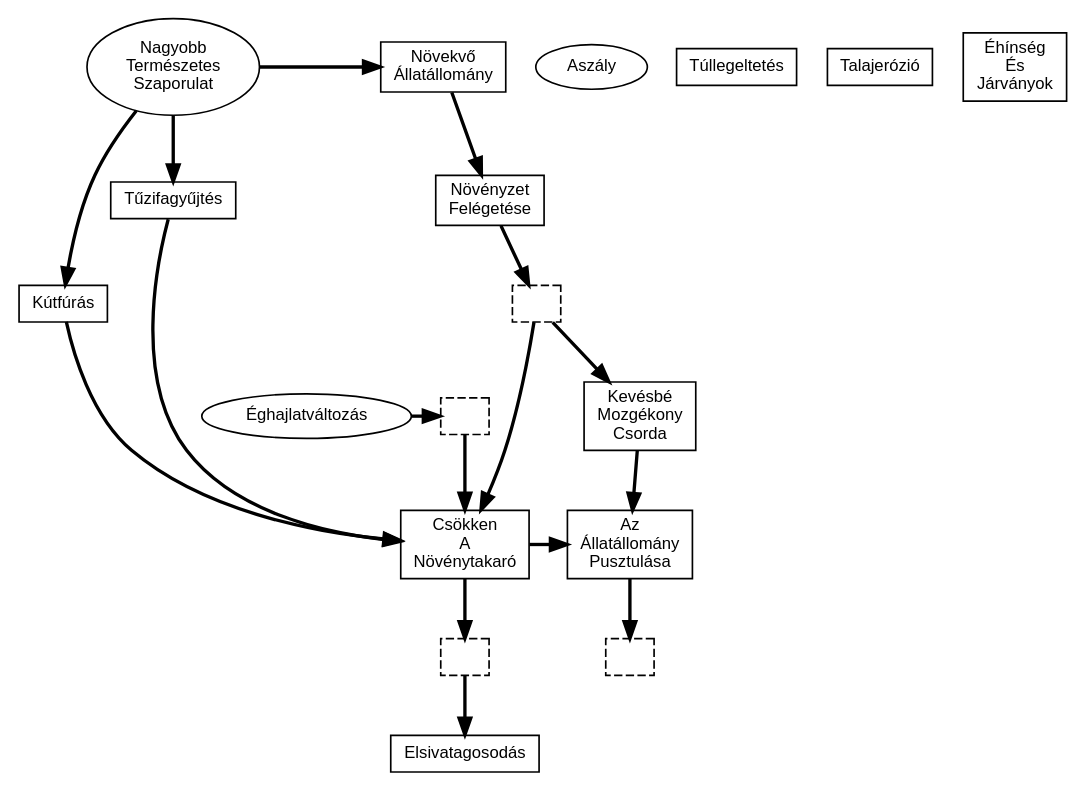
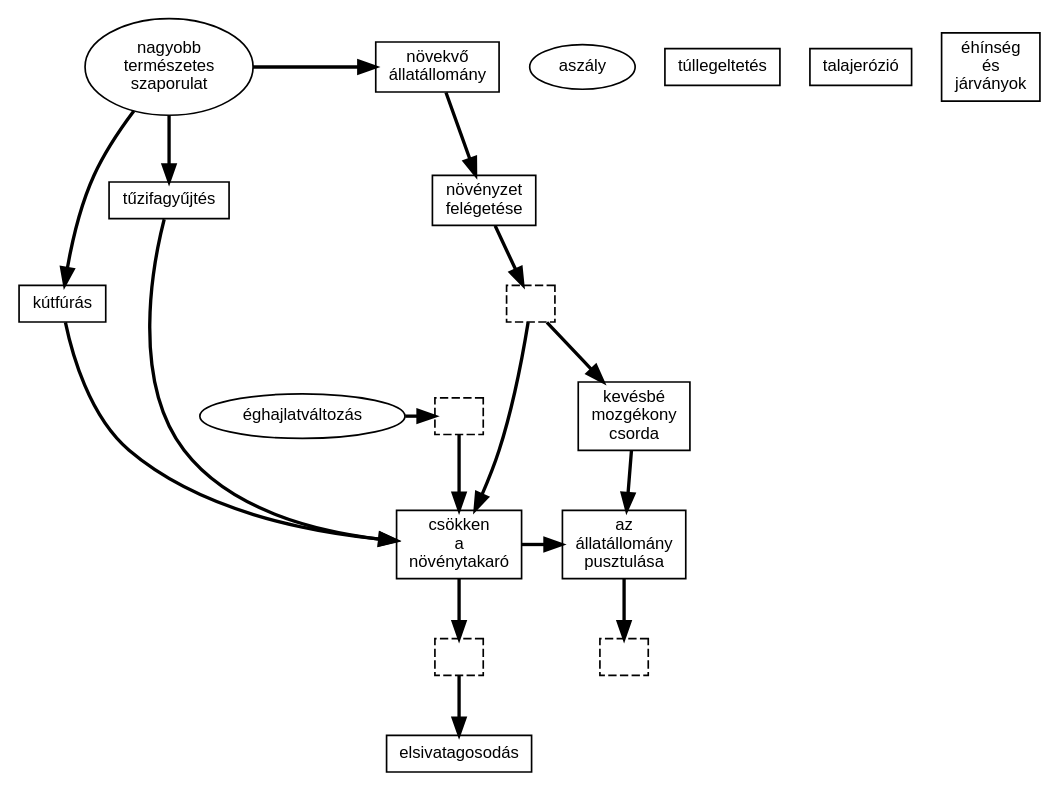
Before and after one commit to farkasmark/mikrotanitas: the diagram in graph_with_placeholders.dot, drawn with Graphviz. The commit also changed 2 other files, not shown here.

```diff
--- a/graph_with_placeholders.dot
+++ b/graph_with_placeholders.dot
@@ -1,61 +1,61 @@
 digraph G {
   rankdir = TD;
   bgcolor = "#ffffff";
 
   // Define node styles and colors for categories in black and white
   node [style=filled, fontname="Arial", fontsize=10, shape=rect, width=0.4, height=0.3, fillcolor=white, color=black];
 
   // Nodes with their labels; some nodes left empty as placeholders
-  nagyobb_termeszetes_szaporulat [label="Nagyobb\nTermészetes\nSzaporulat", shape=ellipse];
-  eghajlatvaltozas [label="Éghajlatváltozás", shape=ellipse];
+  nagyobb_termeszetes_szaporulat [label="nagyobb\ntermészetes\nszaporulat", shape=ellipse];
+  eghajlatvaltozas [label="éghajlatváltozás", shape=ellipse];
   placeholder_aszaly [label=" ", style=dashed];
   
-  novekvo_allatallomany [label="Növekvő\nÁllatállomány"];
-  kutfuras [label="Kútfúrás"];
-  tuzifagyujtes [label="Tűzifagyűjtés"];
-  novenyzet_felegetese [label="Növényzet\nFelégetése"];
+  novekvo_allatallomany [label="növekvő\nállatállomány"];
+  kutfuras [label="kútfúrás"];
+  tuzifagyujtes [label="tűzifagyűjtés"];
+  novenyzet_felegetese [label="növényzet\nfelégetése"];
   placeholder_tullegeltetes [label=" ", style=dashed];
-  kevesbe_mozgekony_csorda [label="Kevésbé\nMozgékony\nCsorda"];
+  kevesbe_mozgekony_csorda [label="kevésbé\nmozgékony\ncsorda"];
 
-  csokken_a_novenytakaro [label="Csökken\nA\nNövénytakaró"];
-  az_allatallomany_pusztulasa [label="Az\nÁllatállomány\nPusztulása"];
+  csokken_a_novenytakaro [label="csökken\na\nnövénytakaró"];
+  az_allatallomany_pusztulasa [label="az\nállatállomány\npusztulása"];
   placeholder_talajerozio [label=" ", style=dashed];
-  elsivatagosodas [label="Elsivatagosodás"];
+  elsivatagosodas [label="elsivatagosodás"];
   placeholder_ehhinseg [label=" ", style=dashed];
 
   // Ranks for nodes
   {rank=same nagyobb_termeszetes_szaporulat novekvo_allatallomany}
   {rank=same eghajlatvaltozas placeholder_aszaly}
   {rank=same csokken_a_novenytakaro az_allatallomany_pusztulasa}
 
   // Edges between nodes in black
   nagyobb_termeszetes_szaporulat -> novekvo_allatallomany [color=black, penwidth=2];
   nagyobb_termeszetes_szaporulat -> kutfuras [color=black, penwidth=2];
   nagyobb_termeszetes_szaporulat -> tuzifagyujtes [color=black, penwidth=2];
 
   eghajlatvaltozas -> placeholder_aszaly [color=black, penwidth=2];
 
   novekvo_allatallomany -> novenyzet_felegetese [color=black, penwidth=2];
   novenyzet_felegetese -> placeholder_tullegeltetes [color=black, penwidth=2];
   placeholder_tullegeltetes -> kevesbe_mozgekony_csorda [color=black, penwidth=2];
 
   kutfuras -> csokken_a_novenytakaro [color=black, penwidth=2];
   tuzifagyujtes -> csokken_a_novenytakaro [color=black, penwidth=2];
   placeholder_tullegeltetes -> csokken_a_novenytakaro [color=black, penwidth=2];
   placeholder_aszaly -> csokken_a_novenytakaro [color=black, penwidth=2];
 
   csokken_a_novenytakaro -> az_allatallomany_pusztulasa [color=black, penwidth=2];
   kevesbe_mozgekony_csorda -> az_allatallomany_pusztulasa [color=black, penwidth=2];
   
   csokken_a_novenytakaro -> placeholder_talajerozio [color=black, penwidth=2];
   placeholder_talajerozio -> elsivatagosodas [color=black, penwidth=2];
 
   az_allatallomany_pusztulasa -> placeholder_ehhinseg [color=black, penwidth=2];
 
   // Standalone nodes (for students to match with placeholders)
   // These nodes are placed top-down to the right of the graph
-  standalone_aszaly [label="Aszály", shape=ellipse, style=solid, pos="7,-1!"];
-  standalone_tullegeltetes [label="Túllegeltetés", shape=solid, pos="7,-2!"];
-  standalone_talajerozio [label="Talajerózió", shape=solid, pos="7,-3!"];
-  standalone_ehhinseg [label="Éhínség\nÉs\nJárványok", shape=solid, pos="7,-4!"];
+  standalone_aszaly [label="aszály", shape=ellipse, style=solid, pos="7,-1!"];
+  standalone_tullegeltetes [label="túllegeltetés", shape=solid, pos="7,-2!"];
+  standalone_talajerozio [label="talajerózió", shape=solid, pos="7,-3!"];
+  standalone_ehhinseg [label="éhínség\nés\njárványok", shape=solid, pos="7,-4!"];
 }
```
